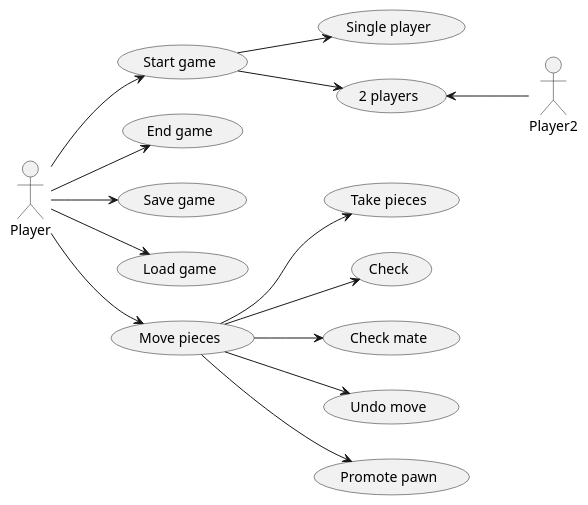
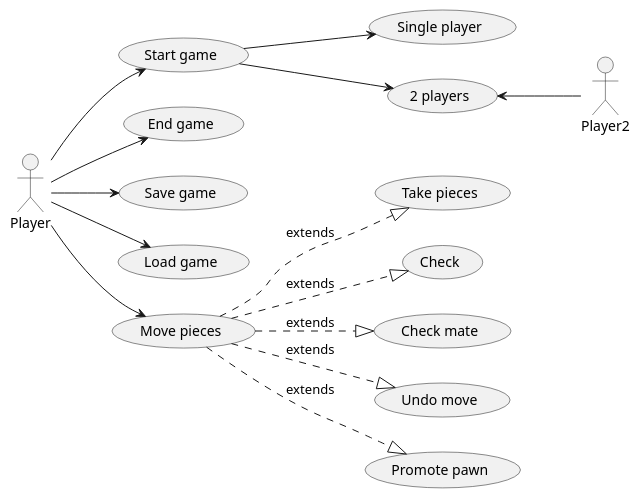
The diagram in nhom_3/UML/UseCase.plantuml (hoanglt1223/SET2021), drawn with PlantUML before and after one commit. The commit also changed 1 other file, not shown here.

Commit message:
nhom_3 | Update UML

```diff
--- a/nhom_3/UML/UseCase.plantuml
+++ b/nhom_3/UML/UseCase.plantuml
@@ -1,30 +1,30 @@
 @startuml playerUseCase
 left to right direction
 actor Player as p
 actor Player2 as p2
 usecase "Start game" as startGame
 usecase "End game" as endGame
 usecase "Save game" as saveGame
 usecase "Load game" as loadGame
 usecase "Move pieces" as movePieces
 usecase "Take pieces" as takePieces
 usecase "Check" as check
 usecase "Check mate" as checkMate
 usecase "Undo move" as undo
 usecase "Promote pawn" as promote
 usecase "Single player" as sp
 usecase "2 players" as 2p
 p --> startGame
 startGame --> sp
 startGame --> 2p
 2p <-- p2
 p --> saveGame
 p --> loadGame
 p --> movePieces
-movePieces --> takePieces
-movePieces --> check
-movePieces --> checkMate
-movePieces --> promote
-movePieces --> undo
+movePieces ..|> takePieces : extends
+movePieces ..|> check : extends
+movePieces ..|> checkMate : extends
+movePieces ..|> promote : extends
+movePieces ..|> undo : extends
 p --> endGame
 @enduml
```
